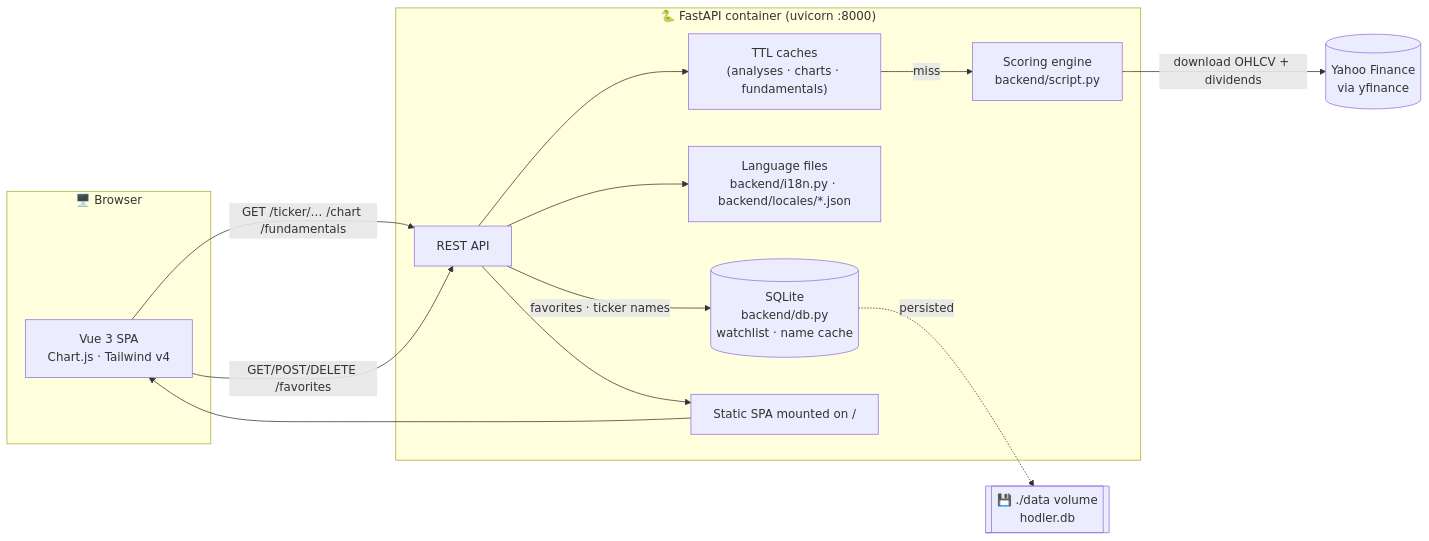
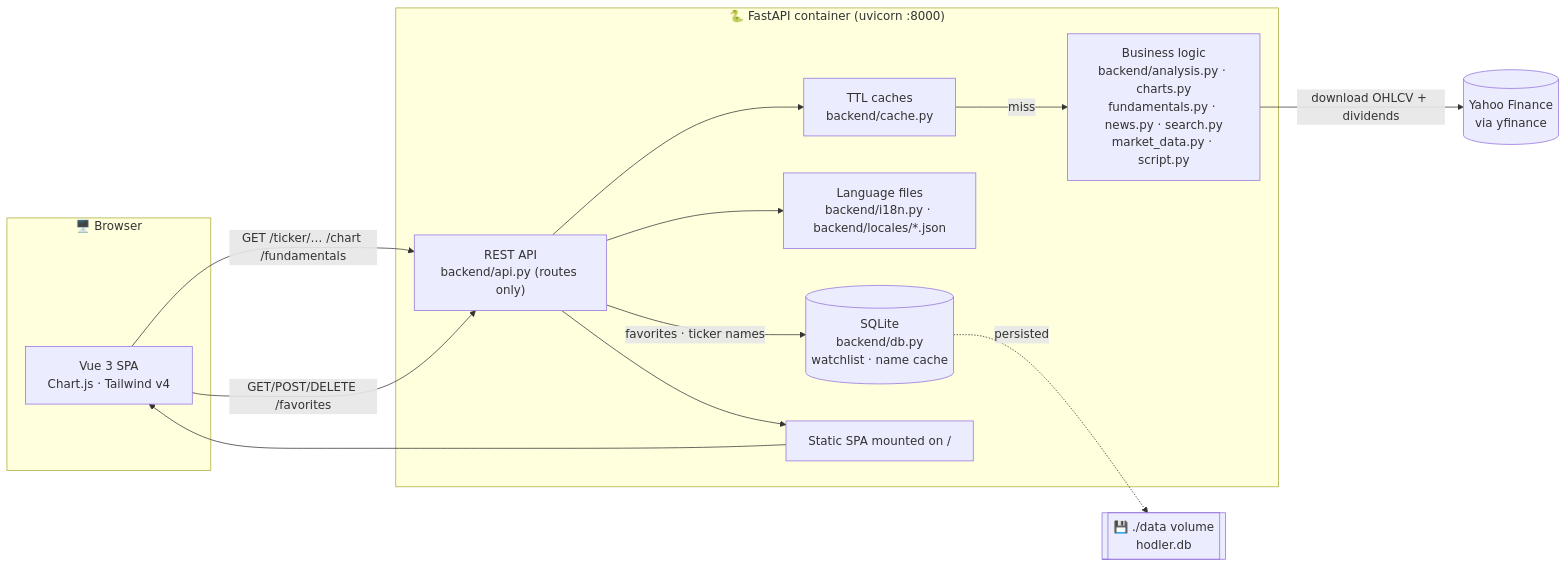
The diagram in README.md (comassky/hodler-scanner), drawn with Mermaid before and after one commit. The commit also changed other lines of this file and 6 other files, not shown here.

````diff
--- a/README.md
+++ b/README.md
@@ -122,29 +124,29 @@
 ```mermaid
 flowchart LR
     subgraph Client["🖥️ Browser"]
         VUE["Vue 3 SPA<br/>Chart.js · Tailwind v4"]
     end
 
     subgraph Server["🐍 FastAPI container (uvicorn :8000)"]
-        API["REST API"]
-        CACHE["TTL caches<br/>(analyses · charts · fundamentals)"]
-        ENGINE["Scoring engine<br/>backend/script.py"]
+        API["REST API<br/>backend/api.py (routes only)"]
+        CACHE["TTL caches<br/>backend/cache.py"]
+        ENGINE["Business logic<br/>backend/analysis.py · charts.py<br/>fundamentals.py · news.py · search.py<br/>market_data.py · script.py"]
         I18N["Language files<br/>backend/i18n.py · backend/locales/*.json"]
         DB[("SQLite<br/>backend/db.py<br/>watchlist · name cache")]
         STATIC["Static SPA mounted on /"]
     end
 
     YF[("Yahoo Finance<br/>via yfinance")]
     VOL[["💾 ./data volume<br/>hodler.db"]]
 
     VUE -- "GET /ticker/… /chart /fundamentals" --> API
     VUE -- "GET/POST/DELETE /favorites" --> API
     API --> CACHE
     API --> I18N
     API -- "favorites · ticker names" --> DB
     DB -. "persisted" .-> VOL
     CACHE -- "miss" --> ENGINE
     ENGINE -- "download OHLCV + dividends" --> YF
     API --> STATIC
     STATIC --> VUE
 ```
````
